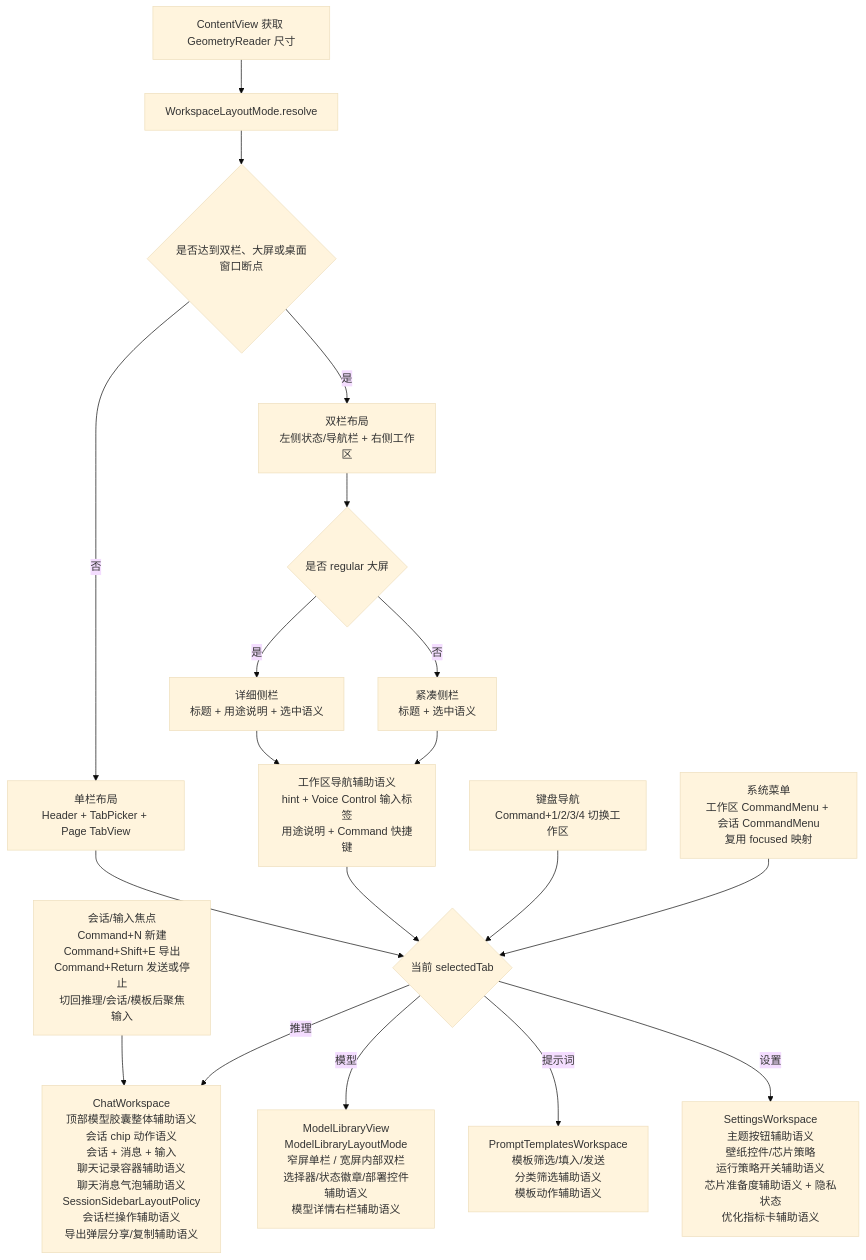
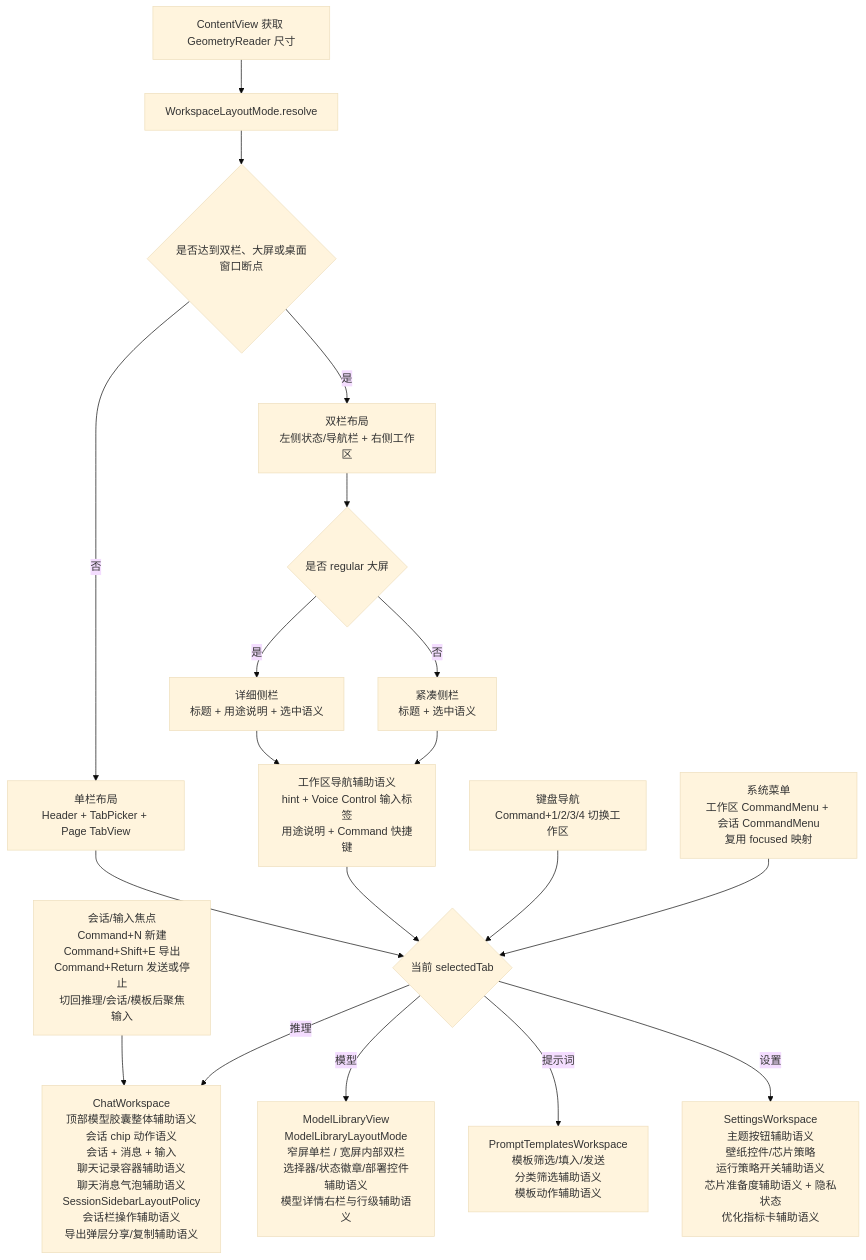
One commit to Altman-sam114/113 changed the fourth of 9 diagrams in md/flow/flowchart.md. Above: the diagram before and after it, drawn with Mermaid (base theme). The commit also changed other lines of this file and 8 other files, not shown here.

````diff
--- a/md/flow/flowchart.md
+++ b/md/flow/flowchart.md
@@ -68,21 +68,21 @@
 ```mermaid
 flowchart TD
     A[ContentView 获取 GeometryReader 尺寸] --> B[WorkspaceLayoutMode.resolve]
     B --> C{是否达到双栏、大屏或桌面窗口断点}
     C -- 否 --> D[单栏布局<br/>Header + TabPicker + Page TabView]
     C -- 是 --> E[双栏布局<br/>左侧状态/导航栏 + 右侧工作区]
     E --> N{是否 regular 大屏}
     N -- 是 --> O[详细侧栏<br/>标题 + 用途说明 + 选中语义]
     N -- 否 --> P[紧凑侧栏<br/>标题 + 选中语义]
     D --> F{当前 selectedTab}
     O --> X[工作区导航辅助语义<br/>hint + Voice Control 输入标签<br/>用途说明 + Command 快捷键]
     P --> X
     X --> F
     K[键盘导航<br/>Command+1/2/3/4 切换工作区] --> F
     M[系统菜单<br/>工作区 CommandMenu + 会话 CommandMenu<br/>复用 focused 映射] --> F
     L[会话/输入焦点<br/>Command+N 新建<br/>Command+Shift+E 导出<br/>Command+Return 发送或停止<br/>切回推理/会话/模板后聚焦输入] --> G
     F -- 推理 --> G[ChatWorkspace<br/>顶部模型胶囊整体辅助语义<br/>会话 chip 动作语义<br/>会话 + 消息 + 输入<br/>聊天记录容器辅助语义<br/>聊天消息气泡辅助语义<br/>SessionSidebarLayoutPolicy<br/>会话栏操作辅助语义<br/>导出弹层分享/复制辅助语义]
-    F -- 模型 --> H[ModelLibraryView<br/>ModelLibraryLayoutMode<br/>窄屏单栏 / 宽屏内部双栏<br/>选择器/状态徽章/部署控件辅助语义<br/>模型详情右栏辅助语义]
+    F -- 模型 --> H[ModelLibraryView<br/>ModelLibraryLayoutMode<br/>窄屏单栏 / 宽屏内部双栏<br/>选择器/状态徽章/部署控件辅助语义<br/>模型详情右栏与行级辅助语义]
     F -- 提示词 --> I[PromptTemplatesWorkspace<br/>模板筛选/填入/发送<br/>分类筛选辅助语义<br/>模板动作辅助语义]
     F -- 设置 --> J[SettingsWorkspace<br/>主题按钮辅助语义<br/>壁纸控件/芯片策略<br/>运行策略开关辅助语义<br/>芯片准备度辅助语义 + 隐私状态<br/>优化指标卡辅助语义]
 ```
````
